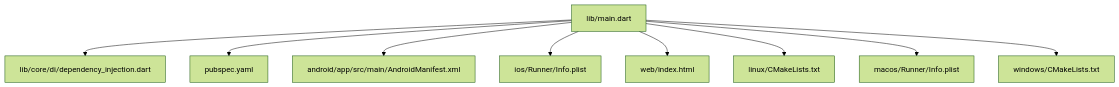
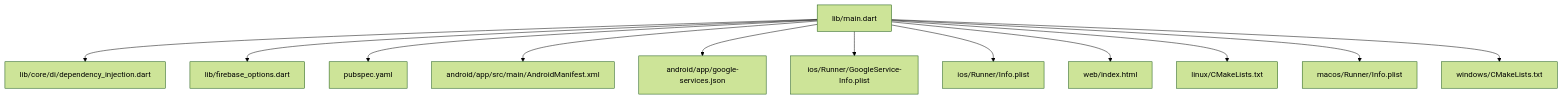
One commit to Ariful3111/FurniGo changed the first of 8 diagrams in .qoder/repowiki/en/content/Platform-Specific Implementation/Platform-Specific Implementation.md. Above: the diagram before and after it, drawn with Mermaid (forest theme). The commit also changed other lines of this file and 12 other files, not shown here.

````diff
--- a/.qoder/repowiki/en/content/Platform-Specific Implementation/Platform-Specific Implementation.md
+++ b/.qoder/repowiki/en/content/Platform-Specific Implementation/Platform-Specific Implementation.md
@@ -40,11 +53,14 @@
 ```mermaid
 graph TB
 A["lib/main.dart"] --> B["lib/core/di/dependency_injection.dart"]
-A --> C["pubspec.yaml"]
-A --> D["android/app/src/main/AndroidManifest.xml"]
-A --> E["ios/Runner/Info.plist"]
-A --> F["web/index.html"]
-A --> G["linux/CMakeLists.txt"]
-A --> H["macos/Runner/Info.plist"]
-A --> I["windows/CMakeLists.txt"]
+A --> C["lib/firebase_options.dart"]
+A --> D["pubspec.yaml"]
+A --> E["android/app/src/main/AndroidManifest.xml"]
+A --> F["android/app/google-services.json"]
+A --> G["ios/Runner/GoogleService-Info.plist"]
+A --> H["ios/Runner/Info.plist"]
+A --> I["web/index.html"]
+A --> J["linux/CMakeLists.txt"]
+A --> K["macos/Runner/Info.plist"]
+A --> L["windows/CMakeLists.txt"]
 ```
````
